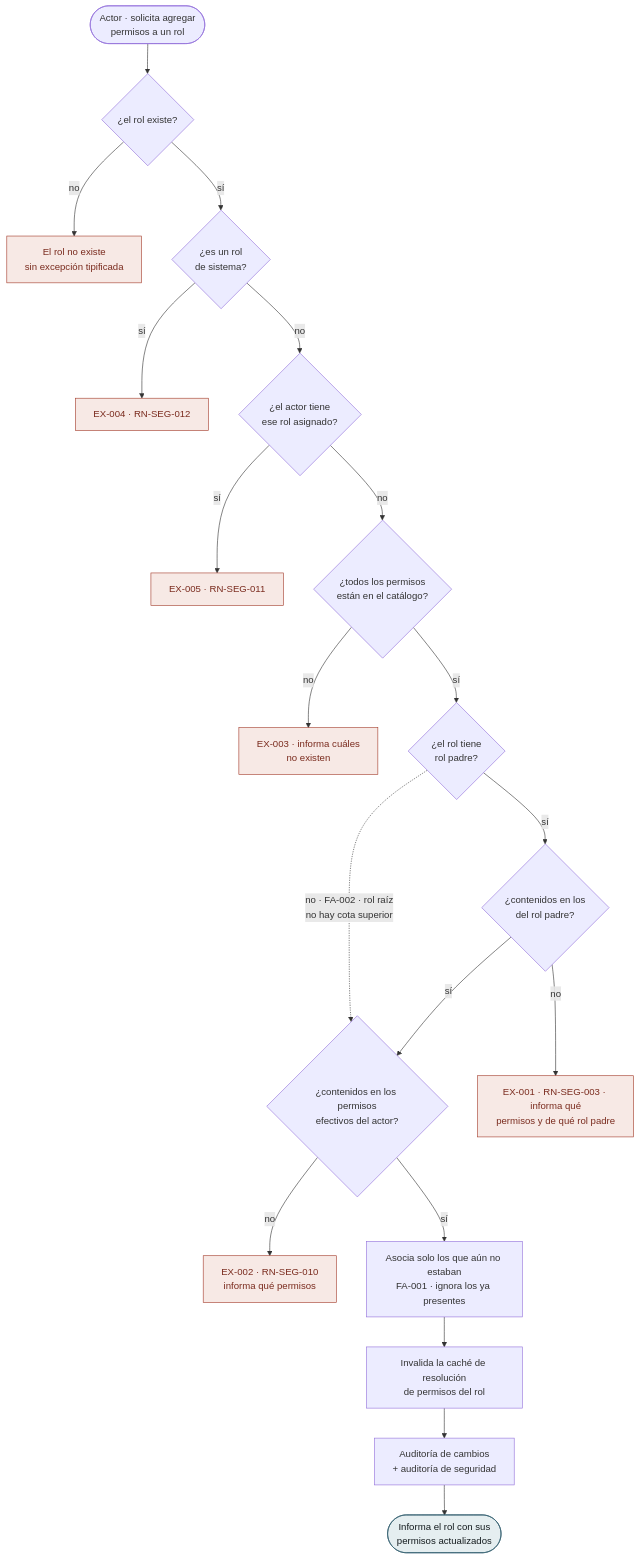
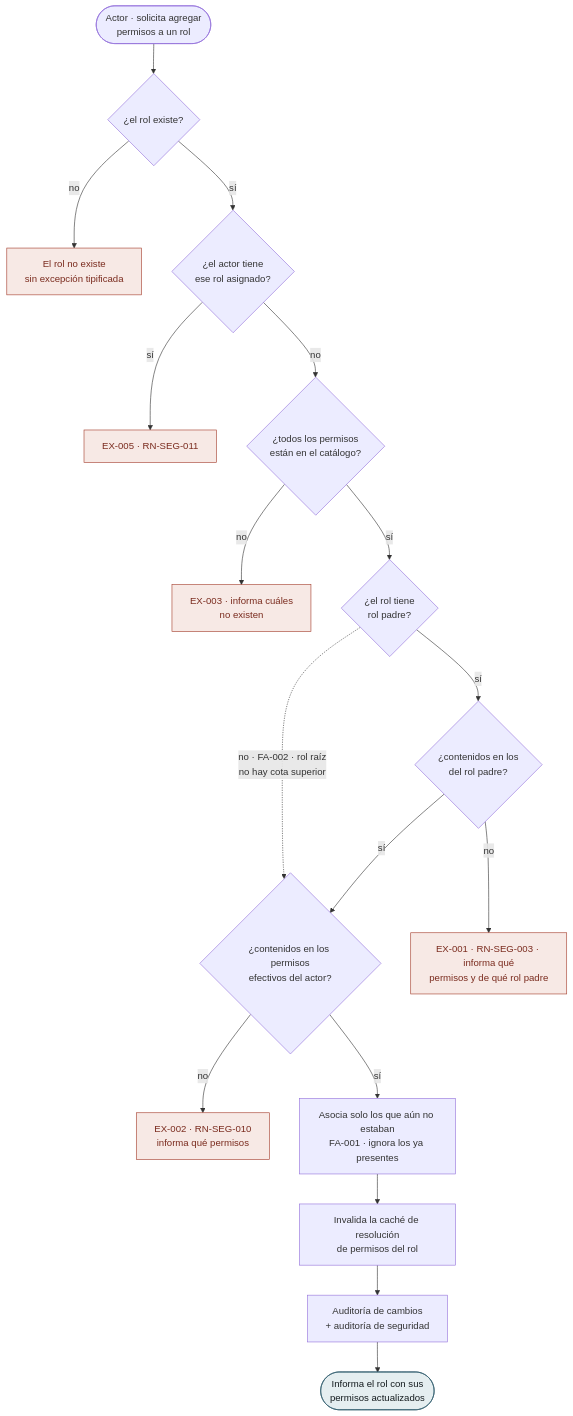
The fifth of 44 diagrams in docs/flujos/sp/flujos-por-caso.md (NexusPro-Dev/backend), drawn with Mermaid before and after one commit. The commit also changed other lines of this file and 16 other files, not shown here.

````diff
--- a/docs/flujos/sp/flujos-por-caso.md
+++ b/docs/flujos/sp/flujos-por-caso.md
@@ -149,27 +149,25 @@
 ```mermaid
 flowchart TD
     A(["Actor · solicita agregar<br/>permisos a un rol"])
     A --> V1{"¿el rol existe?"}
     V1 -->|no| E0["El rol no existe<br/>sin excepción tipificada"]
-    V1 -->|sí| V2{"¿es un rol<br/>de sistema?"}
-    V2 -->|sí| E4["EX-004 · RN-SEG-012"]
-    V2 -->|no| V3{"¿el actor tiene<br/>ese rol asignado?"}
+    V1 -->|sí| V3{"¿el actor tiene<br/>ese rol asignado?"}
     V3 -->|sí| E5["EX-005 · RN-SEG-011"]
     V3 -->|no| V4{"¿todos los permisos<br/>están en el catálogo?"}
     V4 -->|no| E3["EX-003 · informa cuáles<br/>no existen"]
     V4 -->|sí| D1{"¿el rol tiene<br/>rol padre?"}
     D1 -.->|"no · FA-002 · rol raíz<br/>no hay cota superior"| V6
     D1 -->|sí| V5{"¿contenidos en los<br/>del rol padre?"}
     V5 -->|no| E1["EX-001 · RN-SEG-003 · informa qué<br/>permisos y de qué rol padre"]
     V5 -->|sí| V6{"¿contenidos en los permisos<br/>efectivos del actor?"}
     V6 -->|no| E2["EX-002 · RN-SEG-010<br/>informa qué permisos"]
     V6 -->|sí| P1["Asocia solo los que aún no estaban<br/>FA-001 · ignora los ya presentes"]
     P1 --> P2["Invalida la caché de resolución<br/>de permisos del rol"]
     P2 --> P3["Auditoría de cambios<br/>+ auditoría de seguridad"]
     P3 --> FIN(["Informa el rol con sus<br/>permisos actualizados"])
 
     classDef ex fill:#F7E9E5,stroke:#A33B2A,color:#7A2B1E
     classDef ok fill:#E5EEF0,stroke:#2D5A6B,color:#141B1E
-    class E0,E1,E2,E3,E4,E5 ex
+    class E0,E1,E2,E3,E5 ex
     class FIN ok
 ```
````
